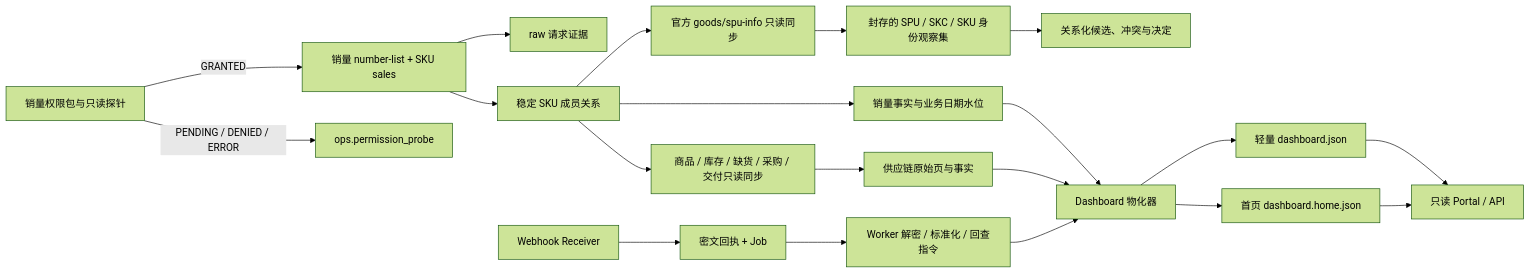
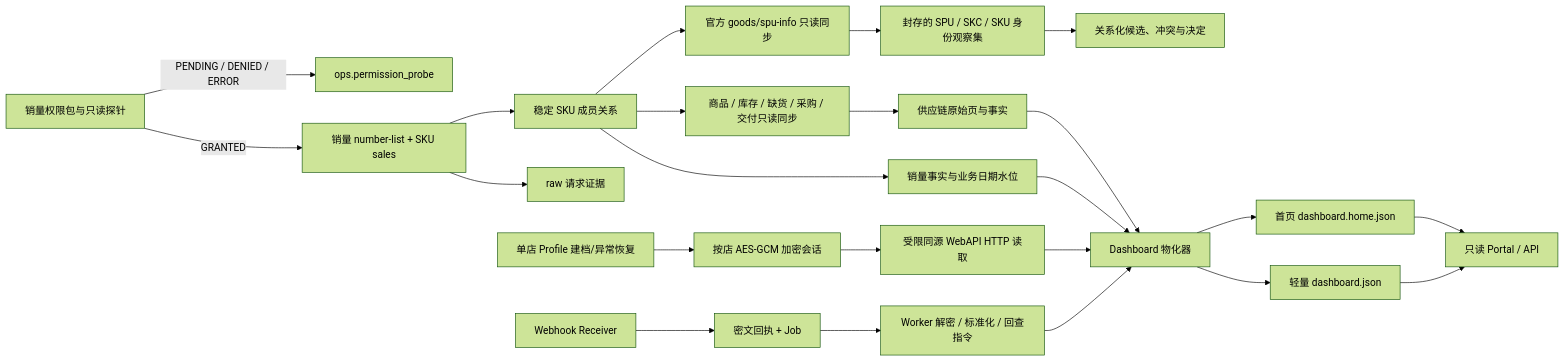
The diagram in docs/architecture.md (dushengyi1993/shein-full-managed-bi), drawn with Mermaid (forest theme) before and after one commit. The commit also changed other lines of this file and 52 other files, not shown here.

Commit message:
feat(ops): move WebAPI jobs off browser profiles

````diff
--- a/docs/architecture.md
+++ b/docs/architecture.md
@@ -11,22 +11,25 @@
 ```mermaid
 flowchart LR
     P["销量权限包与只读探针"] -->|GRANTED| S["销量 number-list + SKU sales"]
     P -->|PENDING / DENIED / ERROR| O["ops.permission_probe"]
     S --> R["raw 请求证据"]
     S --> D["稳定 SKU 成员关系"]
     D --> SF["销量事实与业务日期水位"]
     D --> Q["商品 / 库存 / 缺货 / 采购 / 交付只读同步"]
     Q --> RF["供应链原始页与事实"]
     D --> GI["官方 goods/spu-info 只读同步"]
     GI --> IO["封存的 SPU / SKC / SKU 身份观察集"]
     IO --> IC["关系化候选、冲突与决定"]
+    CP["单店 Profile 建档/异常恢复"] --> ES["按店 AES-GCM 加密会话"]
+    ES --> WB["受限同源 WebAPI HTTP 读取"]
+    WB --> M
     WH["Webhook Receiver"] --> WR["密文回执 + Job"]
     WR --> WW["Worker 解密 / 标准化 / 回查指令"]
     SF --> M["Dashboard 物化器"]
     RF --> M
     WW --> M
     M --> J["轻量 dashboard.json"]
     M --> H["首页 dashboard.home.json"]
     J --> BI["只读 Portal / API"]
     H --> BI
 ```
````
